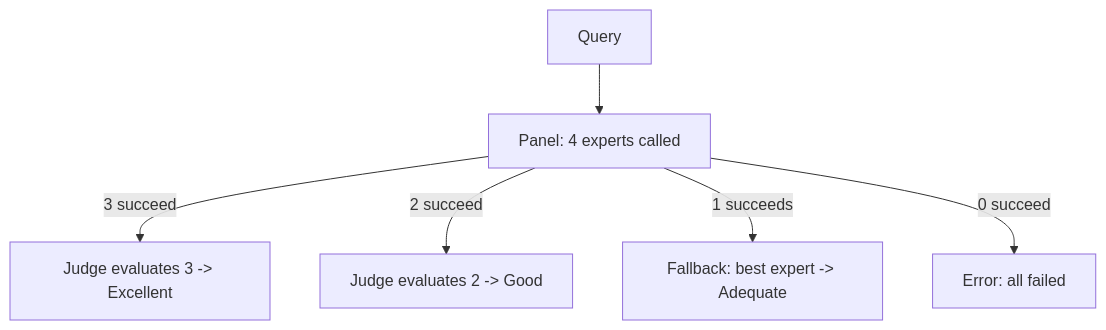
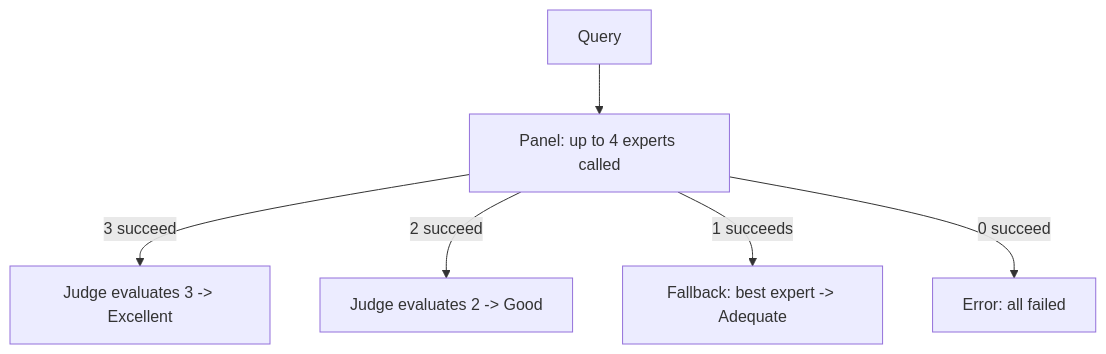
Before and after one commit to lucafolino42-png/free-model-fusion: the third of 4 diagrams in MODEL_FUSION_ANALYSIS.md, drawn with Mermaid. The commit also changed other lines of this file and 17 other files, not shown here.

````diff
--- a/MODEL_FUSION_ANALYSIS.md
+++ b/MODEL_FUSION_ANALYSIS.md
@@ -158,8 +165,8 @@
 ```mermaid
 flowchart TB
-    Q[Query] --> P[Panel: 4 experts called]
+    Q[Query] --> P[Panel: up to 4 experts called]
     P -->|3 succeed| J1[Judge evaluates 3 -> Excellent]
     P -->|2 succeed| J2[Judge evaluates 2 -> Good]
     P -->|1 succeeds| J3[Fallback: best expert -> Adequate]
     P -->|0 succeed| J4[Error: all failed]
 ```
````
